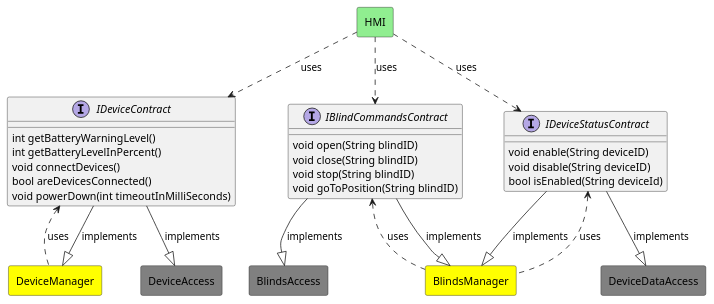
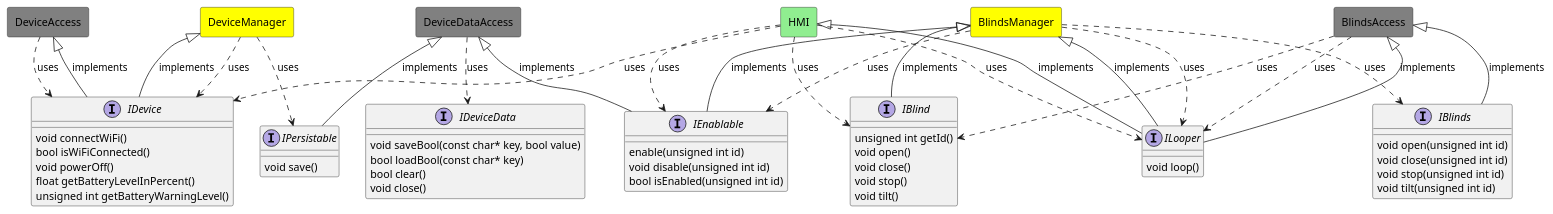
The diagram in documentation/diagrams/contracts-to-component-mapping.puml (k-phi/M5Core2BlindsController), drawn with PlantUML before and after one commit. The commit also changed 10 other files, not shown here.

```diff
--- a/documentation/diagrams/contracts-to-component-mapping.puml
+++ b/documentation/diagrams/contracts-to-component-mapping.puml
@@ -1,47 +1,81 @@
 @startuml Contracts to Component Mapping
 
 skinparam ComponentStyle rectangle
 allow_mixing
 
-interface IDeviceStatusContract {
-    void enable(String deviceID)
-    void disable(String deviceID)
-    bool isEnabled(String deviceId)
+interface IBlind {
+    unsigned int getId()
+    void open()
+    void close()
+    void stop()
+    void tilt()
 }
 
-interface IBlindCommandsContract {
-    void open(String blindID)
-    void close(String blindID)
-    void stop(String blindID)
-    void goToPosition(String blindID)
+interface IBlinds {
+    void open(unsigned int id)
+    void close(unsigned int id)
+    void stop(unsigned int id)
+    void tilt(unsigned int id)
 }
 
-interface IDeviceContract {
-    int getBatteryWarningLevel()
-    int getBatteryLevelInPercent()
-    void connectDevices()
-    bool areDevicesConnected()
-    void powerDown(int timeoutInMilliSeconds)
+interface IDevice {
+    void connectWiFi()
+    bool isWiFiConnected()
+    void powerOff()
+    float getBatteryLevelInPercent()
+    unsigned int getBatteryWarningLevel()
+}
+
+interface IDeviceData {
+    void saveBool(const char* key, bool value)
+    bool loadBool(const char* key)
+    bool clear()
+    void close()
+}
+
+interface IEnablable {
+    enable(unsigned int id)
+    void disable(unsigned int id)
+    bool isEnabled(unsigned int id)
+}
+
+interface ILooper {
+    void loop()
+}
+
+interface IPersistable {
+    void save()
 }
 
 component HMI #LightGreen
 component BlindsManager #Yellow
 component DeviceManager #Yellow
 component DeviceDataAccess #Grey
 component DeviceAccess #Grey
 component BlindsAccess #Grey
 
-HMI ..> IDeviceStatusContract: uses
-HMI ..> IBlindCommandsContract: uses
-HMI ..> IDeviceContract: uses
-BlindsManager <|-u- IDeviceStatusContract: implements
-BlindsManager .u.> IDeviceStatusContract: uses
-BlindsManager <|-u- IBlindCommandsContract: implements
-BlindsManager .u.> IBlindCommandsContract: uses
-DeviceManager <|-u- IDeviceContract: implements
-DeviceManager .u.> IDeviceContract: uses
-DeviceDataAccess <|-u- IDeviceStatusContract: implements
-DeviceAccess <|-u- IDeviceContract: implements
-BlindsAccess <|-u- IBlindCommandsContract: implements
+HMI <|-- ILooper : implements
+HMI ..> IDevice: uses
+HMI ..> IEnablable: uses
+HMI ..> IBlind: uses
+HMI ..> ILooper: uses
+BlindsManager <|-- IBlind: implements
+BlindsManager <|-- IEnablable: implements
+BlindsManager <|-- ILooper: implements
+BlindsManager ..> IEnablable: uses
+BlindsManager ..> IBlinds: uses
+BlindsManager ..> ILooper: uses
+DeviceManager <|-- IDevice: implements
+DeviceManager ..> IDevice: uses
+DeviceManager ..> IPersistable: uses
+DeviceDataAccess <|-- IPersistable: implements
+DeviceDataAccess <|-- IEnablable: implements
+DeviceDataAccess ..> IDeviceData: uses
+DeviceAccess <|-- IDevice: implements
+DeviceAccess ..> IDevice: uses
+BlindsAccess <|-- IBlinds: implements
+BlindsAccess <|-- ILooper: implements
+BlindsAccess ..> IBlind: uses
+BlindsAccess ..> ILooper: uses
 
 @enduml
```
